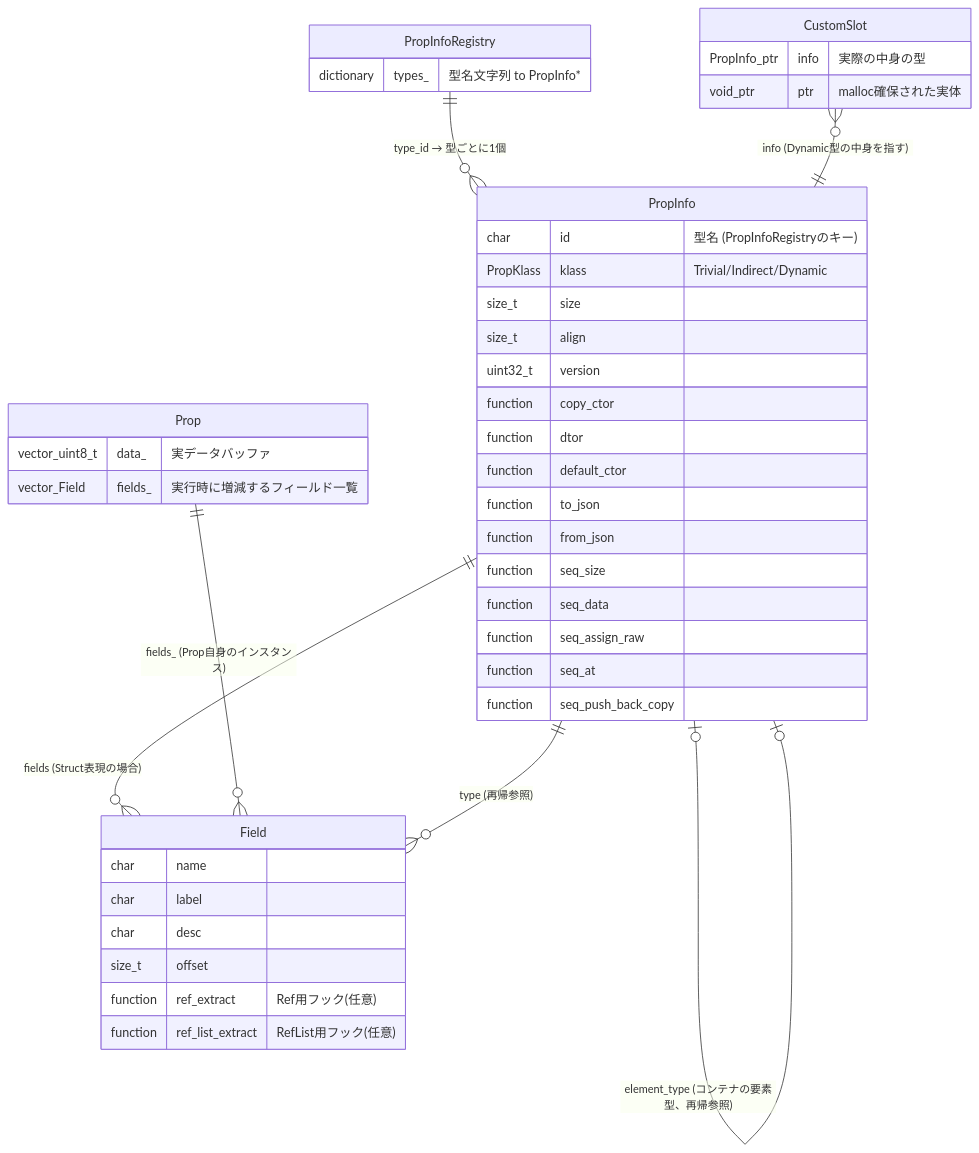
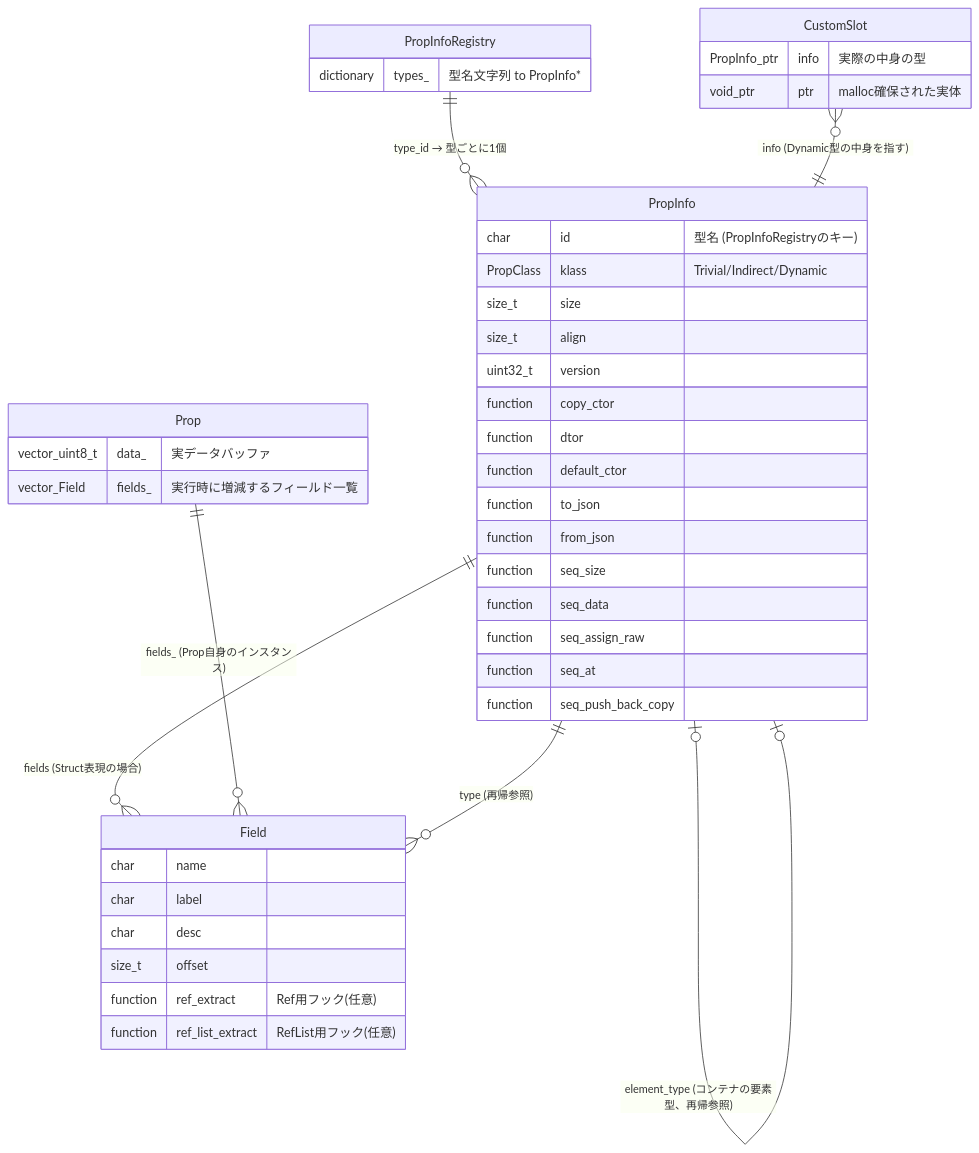
One commit to 20niship/cutil changed the fourth of 5 diagrams in docs/prop.md. Above: the diagram before and after it, drawn with Mermaid. The commit also changed other lines of this file and 4 other files, not shown here.

````diff
--- a/docs/prop.md
+++ b/docs/prop.md
@@ -328,46 +328,46 @@
 ```mermaid
 erDiagram
     PropInfo {
         char id "型名 (PropInfoRegistryのキー)"
-        PropKlass klass "Trivial/Indirect/Dynamic"
+        PropClass klass "Trivial/Indirect/Dynamic"
         size_t size
         size_t align
         uint32_t version
         function copy_ctor
         function dtor
         function default_ctor
         function to_json
         function from_json
         function seq_size
         function seq_data
         function seq_assign_raw
         function seq_at
         function seq_push_back_copy
     }
     Field {
         char name
         char label
         char desc
         size_t offset
         function ref_extract "Ref用フック(任意)"
         function ref_list_extract "RefList用フック(任意)"
     }
     Prop {
         vector_uint8_t data_ "実データバッファ"
         vector_Field fields_ "実行時に増減するフィールド一覧"
     }
     PropInfoRegistry {
         dictionary types_ "型名文字列 to PropInfo*"
     }
     CustomSlot {
         PropInfo_ptr info "実際の中身の型"
         void_ptr ptr "malloc確保された実体"
     }
 
     PropInfo ||--o{ Field : "fields (Struct表現の場合)"
     Field }o--|| PropInfo : "type (再帰参照)"
     PropInfo |o--o| PropInfo : "element_type (コンテナの要素型、再帰参照)"
     PropInfoRegistry ||--o{ PropInfo : "type_id → 型ごとに1個"
     Prop ||--o{ Field : "fields_ (Prop自身のインスタンス)"
     CustomSlot }o--|| PropInfo : "info (Dynamic型の中身を指す)"
 ```
````
